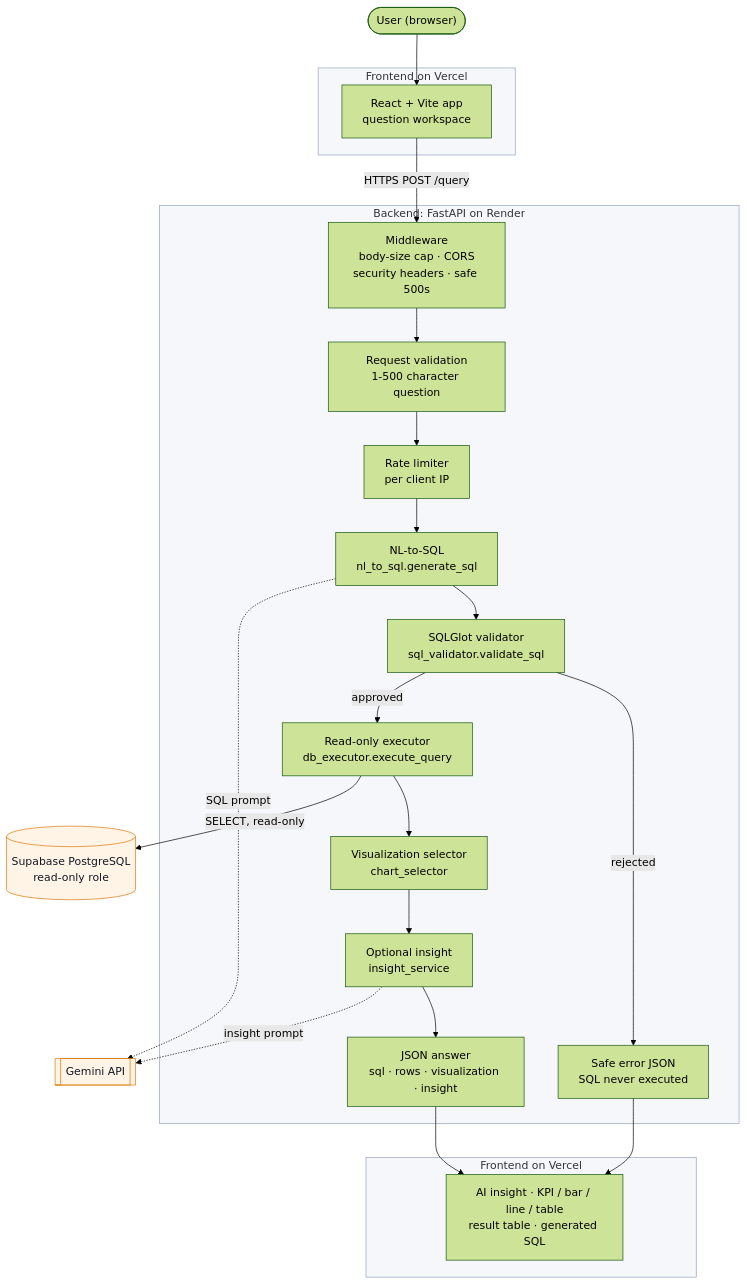
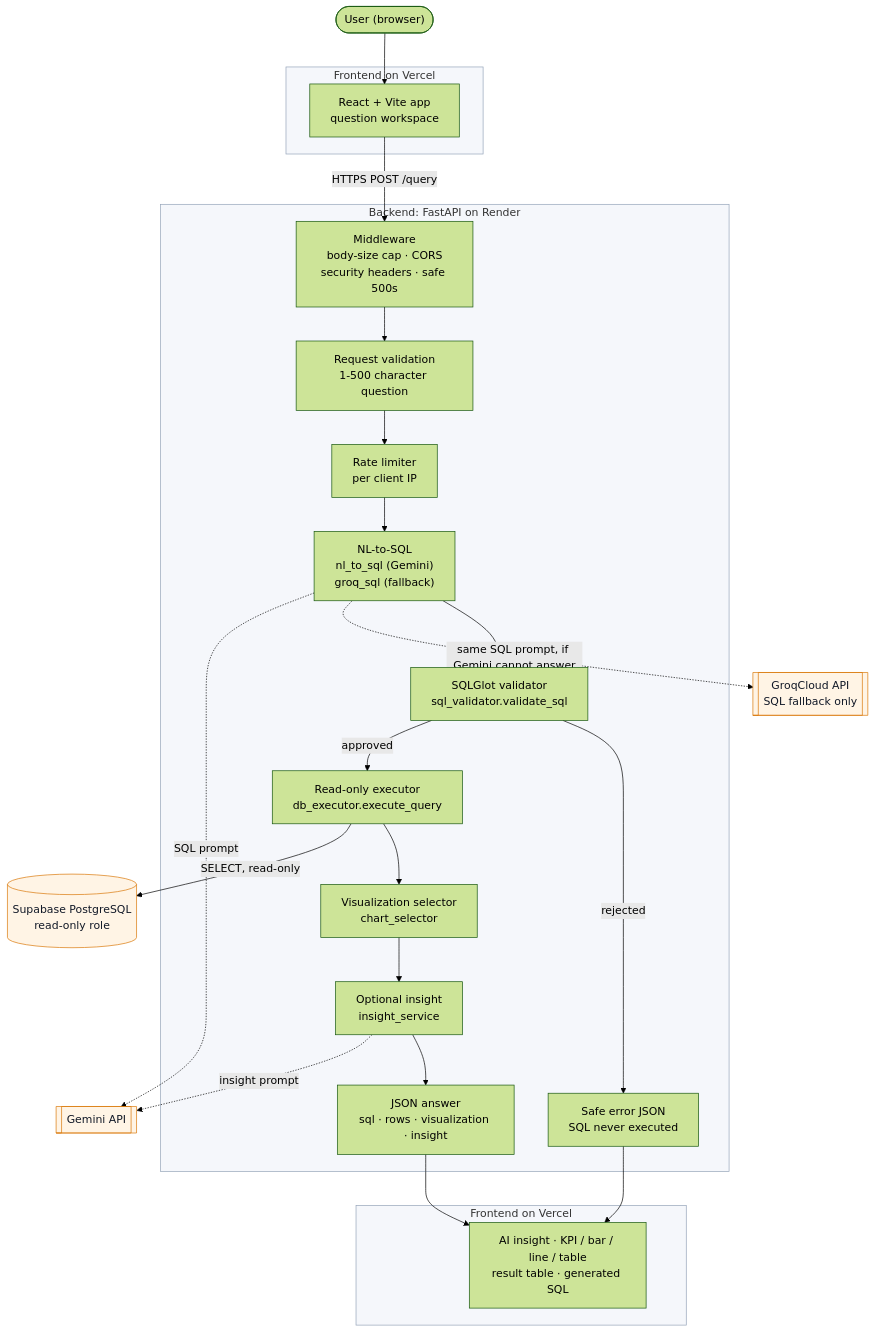
The diagram in docs/architecture.md (satyamnirala187/DataPilot), drawn with Mermaid (forest theme) before and after one commit. The commit also changed other lines of this file and 8 other files, not shown here.

Commit message:
docs: document groq sql fallback

````diff
--- a/docs/architecture.md
+++ b/docs/architecture.md
@@ -20,48 +22,50 @@
 ```mermaid
 flowchart TD
     user(["User (browser)"])
 
     subgraph frontend["Frontend on Vercel"]
         ui["React + Vite app<br/>question workspace"]
     end
 
     subgraph backend["Backend: FastAPI on Render"]
         guard["Middleware<br/>body-size cap · CORS<br/>security headers · safe 500s"]
         request["Request validation<br/>1-500 character question"]
         limiter["Rate limiter<br/>per client IP"]
-        nl["NL-to-SQL<br/>nl_to_sql.generate_sql"]
+        nl["NL-to-SQL<br/>nl_to_sql (Gemini)<br/>groq_sql (fallback)"]
         validator["SQLGlot validator<br/>sql_validator.validate_sql"]
         executor["Read-only executor<br/>db_executor.execute_query"]
         selector["Visualization selector<br/>chart_selector"]
         insight["Optional insight<br/>insight_service"]
         response["JSON answer<br/>sql · rows · visualization · insight"]
         rejected["Safe error JSON<br/>SQL never executed"]
     end
 
     gemini[["Gemini API"]]
+    groq[["GroqCloud API<br/>SQL fallback only"]]
     db[("Supabase PostgreSQL<br/>read-only role")]
 
     subgraph answer["Frontend on Vercel"]
         views["AI insight · KPI / bar / line / table<br/>result table · generated SQL"]
     end
 
     user --> ui
     ui -- "HTTPS POST /query" --> guard
     guard --> request --> limiter --> nl
     nl -. "SQL prompt" .-> gemini
+    nl -. "same SQL prompt, if Gemini cannot answer" .-> groq
     nl --> validator
     validator -- "approved" --> executor
     validator -- "rejected" --> rejected
     executor -- "SELECT, read-only" --> db
     executor --> selector --> insight
     insight -. "insight prompt" .-> gemini
     insight --> response
     response --> views
     rejected --> views
 
     classDef external fill:#fff4e5,stroke:#d97706,color:#111827
-    class gemini,db external
+    class gemini,groq,db external
     style frontend fill:#f5f7fb,stroke:#94a3b8
     style backend fill:#f5f7fb,stroke:#94a3b8
     style answer fill:#f5f7fb,stroke:#94a3b8
 ```
````
